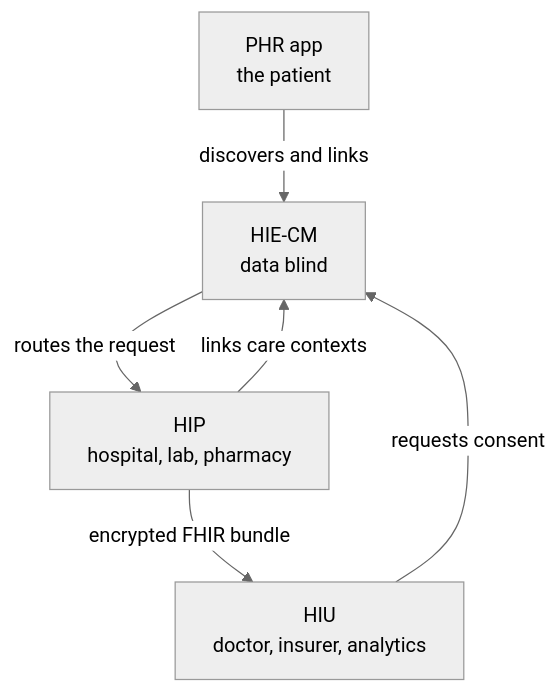
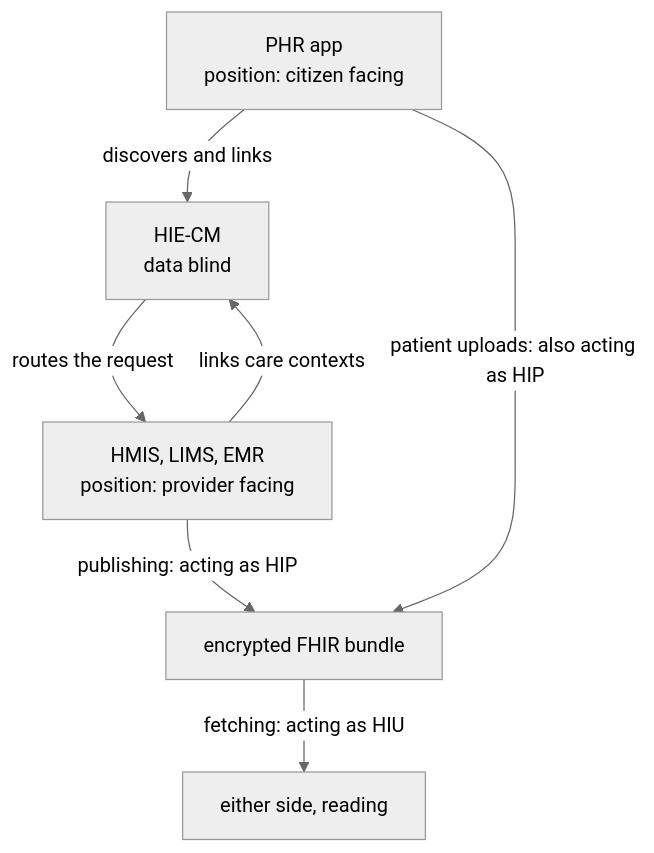
The diagram in catalogue/hiecm/concepts/roles.md (nha-in/docs), drawn with Mermaid (neutral theme) before and after one commit. The commit also changed other lines of this file and 8 other files, not shown here.

````diff
--- a/catalogue/hiecm/concepts/roles.md
+++ b/catalogue/hiecm/concepts/roles.md
@@ -41,8 +74,9 @@
 ```mermaid
 graph TD
-  PHR["PHR app<br/>the patient"] -->|discovers and links| CM["HIE-CM<br/>data blind"]
-  HIP["HIP<br/>hospital, lab, pharmacy"] -->|links care contexts| CM
-  HIU["HIU<br/>doctor, insurer, analytics"] -->|requests consent| CM
-  CM -->|routes the request| HIP
-  HIP -->|encrypted FHIR bundle| HIU
+  PHR["PHR app<br/>position: citizen facing"] -->|discovers and links| CM["HIE-CM<br/>data blind"]
+  IMS["HMIS, LIMS, EMR<br/>position: provider facing"] -->|links care contexts| CM
+  CM -->|routes the request| IMS
+  IMS -->|publishing: acting as HIP| DATA["encrypted FHIR bundle"]
+  PHR -->|patient uploads: also acting as HIP| DATA
+  DATA -->|fetching: acting as HIU| ANY["either side, reading"]
 ```
````
